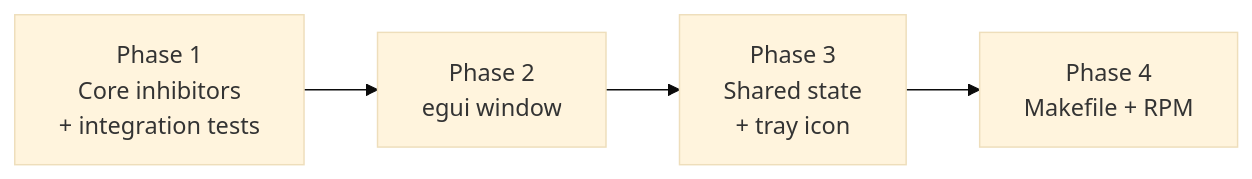
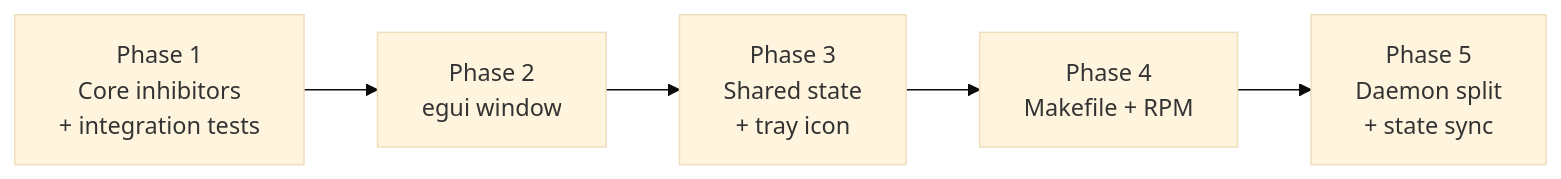
The diagram in .plans/Plans/SleepBlock/README.md (danweinerdev/sleep-blocker), drawn with Mermaid (base theme) before and after one commit. The commit also changed other lines of this file and 3 other files, not shown here.

First line of the commit message:
Backfill SDD artifacts for the daemon split

````diff
--- a/.plans/Plans/SleepBlock/README.md
+++ b/.plans/Plans/SleepBlock/README.md
@@ -69,6 +81,7 @@
 ```mermaid
 graph LR
     P1[Phase 1<br/>Core inhibitors<br/>+ integration tests] --> P2[Phase 2<br/>egui window]
     P2 --> P3[Phase 3<br/>Shared state<br/>+ tray icon]
     P3 --> P4[Phase 4<br/>Makefile + RPM]
+    P4 --> P5[Phase 5<br/>Daemon split<br/>+ state sync]
 ```
````
